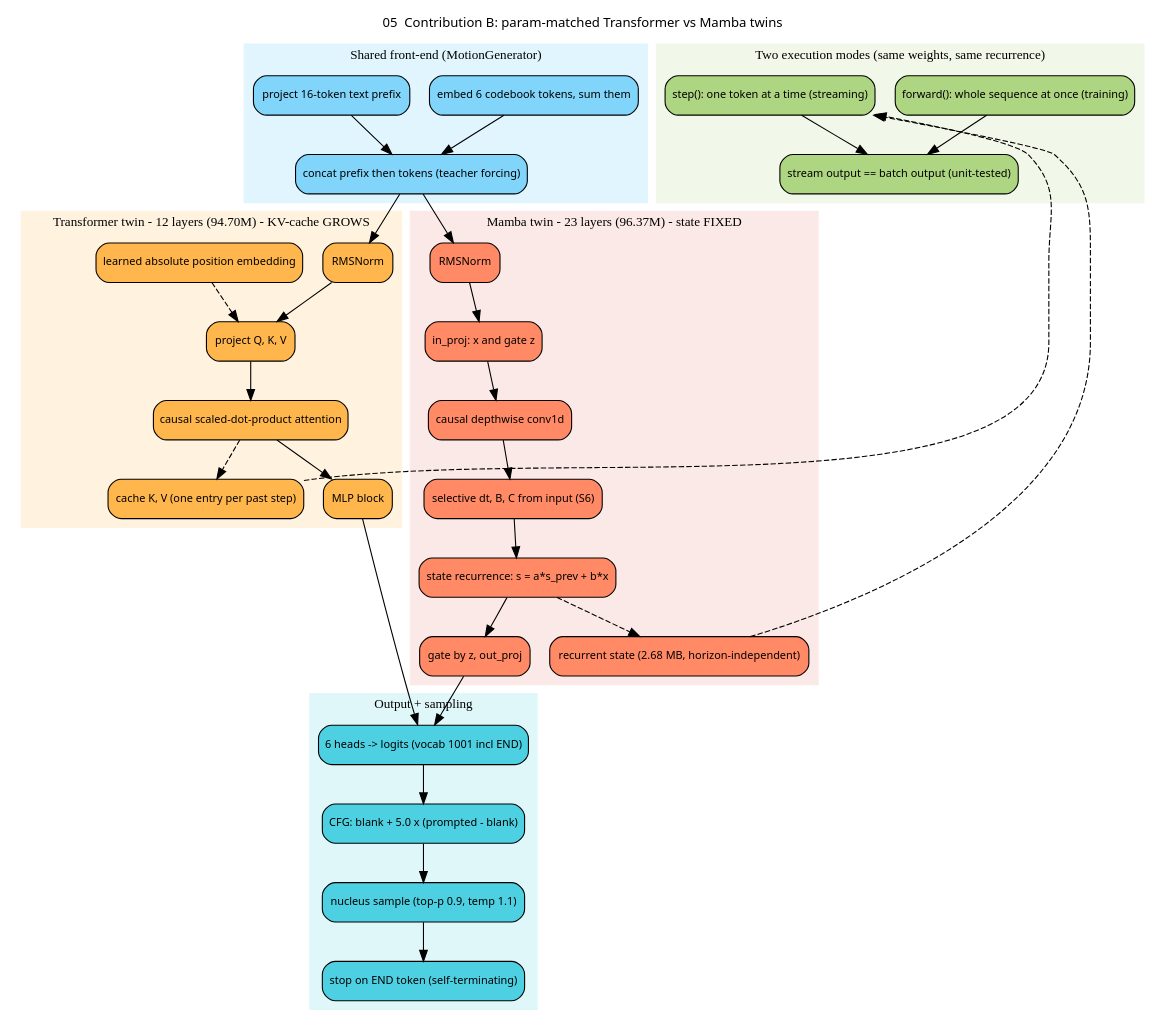
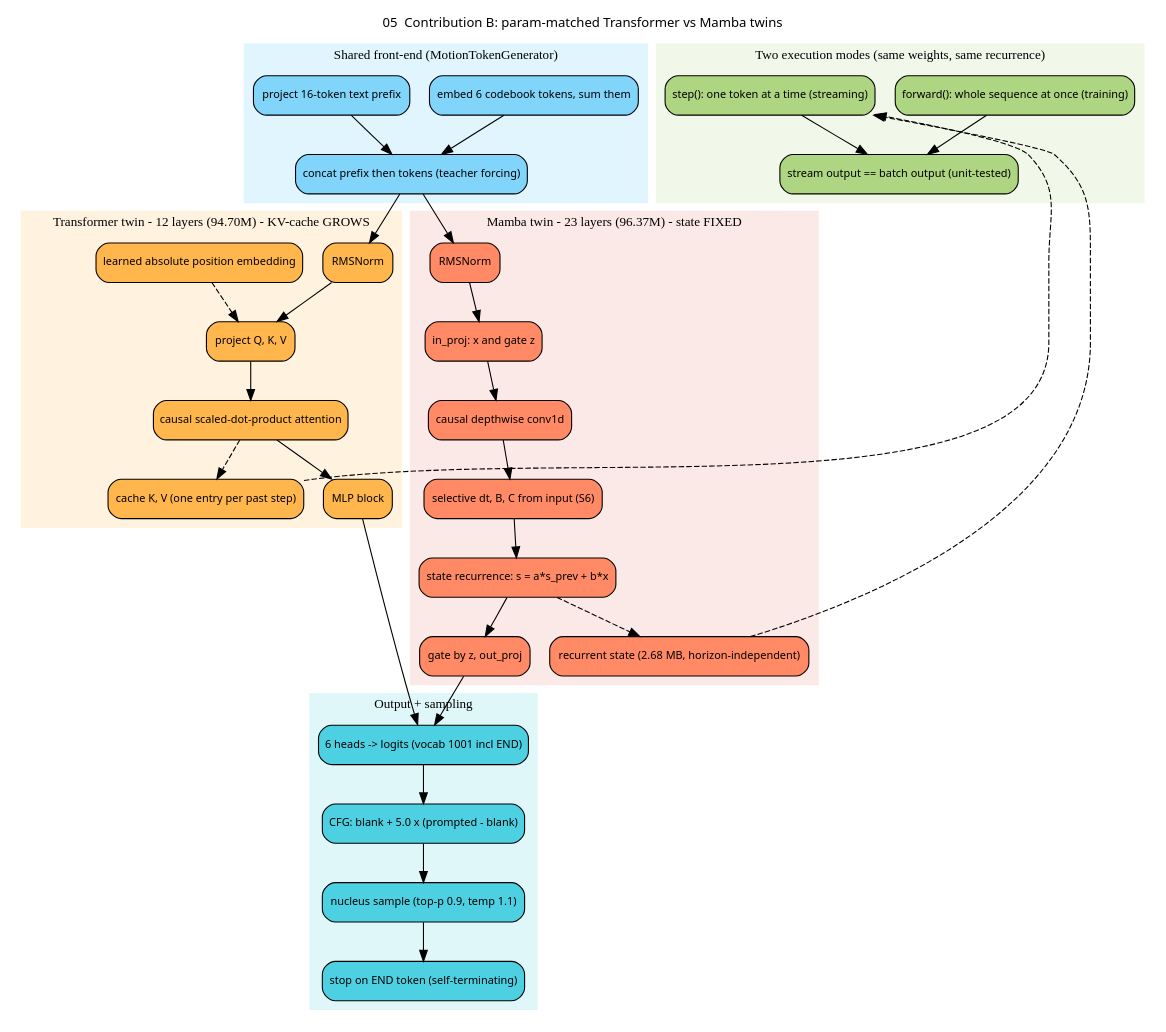
One commit to CatalinButacu/GenAI-Text2Motion changed the diagram in paper/diagrams/generator-twins.dot. Above: the diagram before and after it, drawn with Graphviz. The commit also changed 209 other files, not shown here.

```diff
--- a/paper/diagrams/generator-twins.dot
+++ b/paper/diagrams/generator-twins.dot
@@ -1,65 +1,65 @@
 // 05 - CONTRIBUTION B: the two backbones behind one interface (generator.py). One node = one op.
 // Preview: Ctrl+Shift+P -> "Graphviz Interactive Preview: Preview Graphviz / Dot (beside)"
 digraph generator_twins {
     rankdir=TB;
     graph [fontname="Segoe UI", fontsize=12, labelloc="t", label="05  Contribution B: param-matched Transformer vs Mamba twins"];
     node  [shape=box, style="rounded,filled", fontname="Segoe UI", fontsize=10];
     edge  [fontname="Segoe UI", fontsize=9];
 
     subgraph cluster_front {
-        label="Shared front-end (MotionGenerator)";
+        label="Shared front-end (MotionTokenGenerator)";
         style=filled; color="#e1f5fe"; fontname="Segoe UI Semibold"; node [fillcolor="#81d4fa"];
         temb  [label="embed 6 codebook tokens, sum them"];
         tprefix [label="project 16-token text prefix"];
         cat   [label="concat prefix then tokens (teacher forcing)"];
         temb -> cat; tprefix -> cat;
     }
 
     subgraph cluster_tf {
         label="Transformer twin - 12 layers (94.70M) - KV-cache GROWS";
         style=filled; color="#fff3e0"; fontname="Segoe UI Semibold"; node [fillcolor="#ffb74d"];
         tnorm [label="RMSNorm"];
         tqkv  [label="project Q, K, V"];
         tattn [label="causal scaled-dot-product attention"];
         tkv   [label="cache K, V (one entry per past step)"];
         tmlp  [label="MLP block"];
         tpos  [label="learned absolute position embedding"];
         tnorm -> tqkv -> tattn -> tmlp; tattn -> tkv [style=dashed]; tpos -> tqkv [style=dashed];
     }
 
     subgraph cluster_mb {
         label="Mamba twin - 23 layers (96.37M) - state FIXED";
         style=filled; color="#fbe9e7"; fontname="Segoe UI Semibold"; node [fillcolor="#ff8a65"];
         mnorm [label="RMSNorm"];
         minp  [label="in_proj: x and gate z"];
         mconv [label="causal depthwise conv1d"];
         msel  [label="selective dt, B, C from input (S6)"];
         mscan [label="state recurrence: s = a*s_prev + b*x"];
         mout  [label="gate by z, out_proj"];
         mstate[label="recurrent state (2.68 MB, horizon-independent)"];
         mnorm -> minp -> mconv -> msel -> mscan -> mout; mscan -> mstate [style=dashed];
     }
 
     subgraph cluster_dual {
         label="Two execution modes (same weights, same recurrence)";
         style=filled; color="#f1f8e9"; fontname="Segoe UI Semibold"; node [fillcolor="#aed581"];
         parallel [label="forward(): whole sequence at once (training)"];
         stepwise [label="step(): one token at a time (streaming)"];
         parity   [label="stream output == batch output (unit-tested)"];
         parallel -> parity; stepwise -> parity;
     }
 
     subgraph cluster_head {
         label="Output + sampling";
         style=filled; color="#e0f7fa"; fontname="Segoe UI Semibold"; node [fillcolor="#4dd0e1"];
         heads [label="6 heads -> logits (vocab 1001 incl END)"];
         cfg   [label="CFG: blank + 5.0 x (prompted - blank)"];
         nucleus [label="nucleus sample (top-p 0.9, temp 1.1)"];
         endstop [label="stop on END token (self-terminating)"];
         heads -> cfg -> nucleus -> endstop;
     }
 
     cat -> tnorm; cat -> mnorm;
     tmlp -> heads; mout -> heads;
     tkv -> stepwise [style=dashed, constraint=false]; mstate -> stepwise [style=dashed, constraint=false];
 }
```
